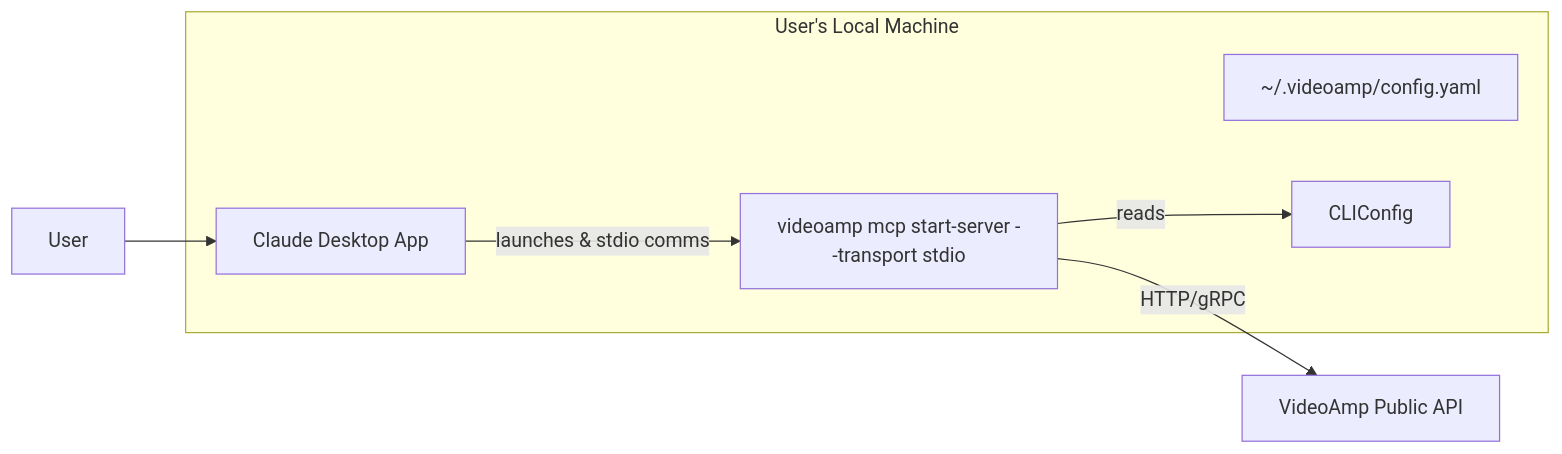
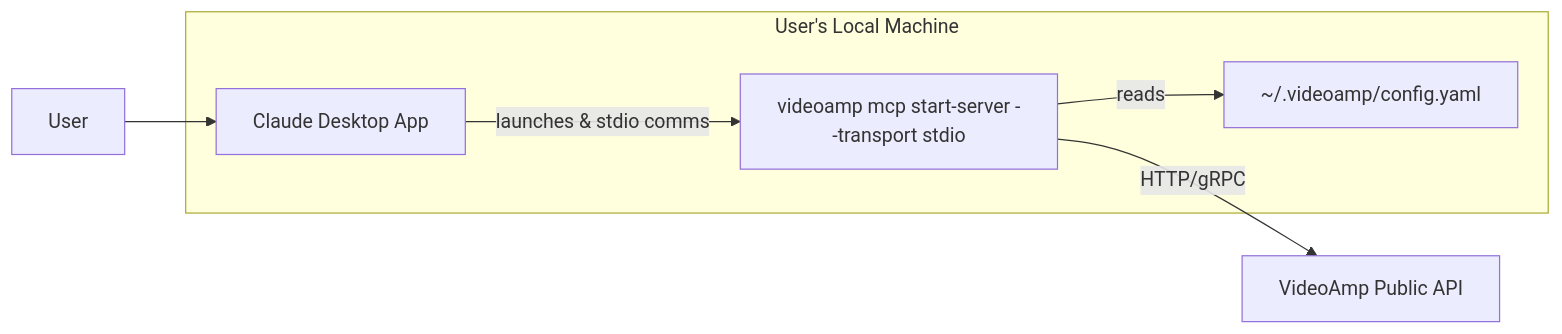
One commit to VideoAmp/cli changed the second of 4 diagrams in README.md. Above: the diagram before and after it, drawn with Mermaid.

````diff
--- a/README.md
+++ b/README.md
@@ -68,14 +68,14 @@
 ```mermaid
 graph LR
     subgraph UserMachine [User's Local Machine]
         ClaudeDesktop[Claude Desktop App]
         MCPServer[videoamp mcp start-server --transport stdio]
         ConfigFile[~/.videoamp/config.yaml]
 
         ClaudeDesktop -- launches & stdio comms --> MCPServer
-        MCPServer -- reads --> CLIConfig
+        MCPServer -- reads --> ConfigFile
     end
 
     User --> ClaudeDesktop
     MCPServer -- HTTP/gRPC --> VideoAmpAPI[VideoAmp Public API]
 ```
````
